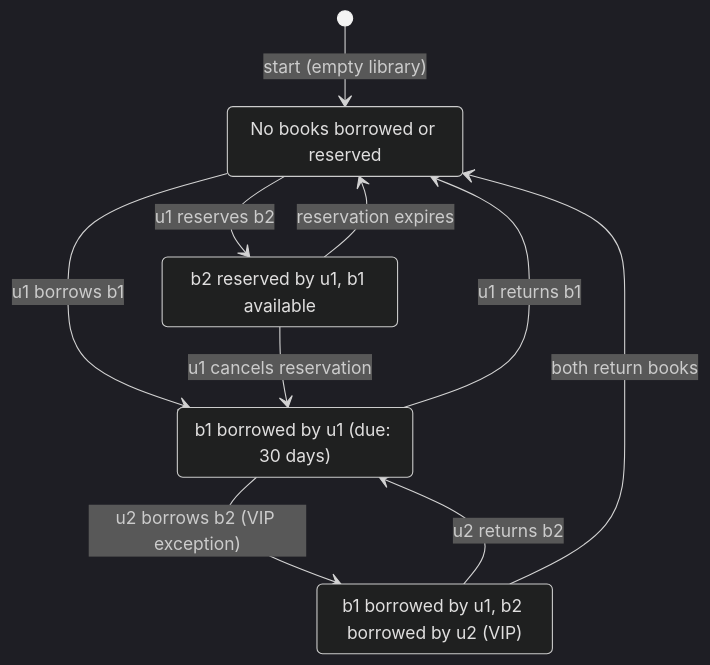
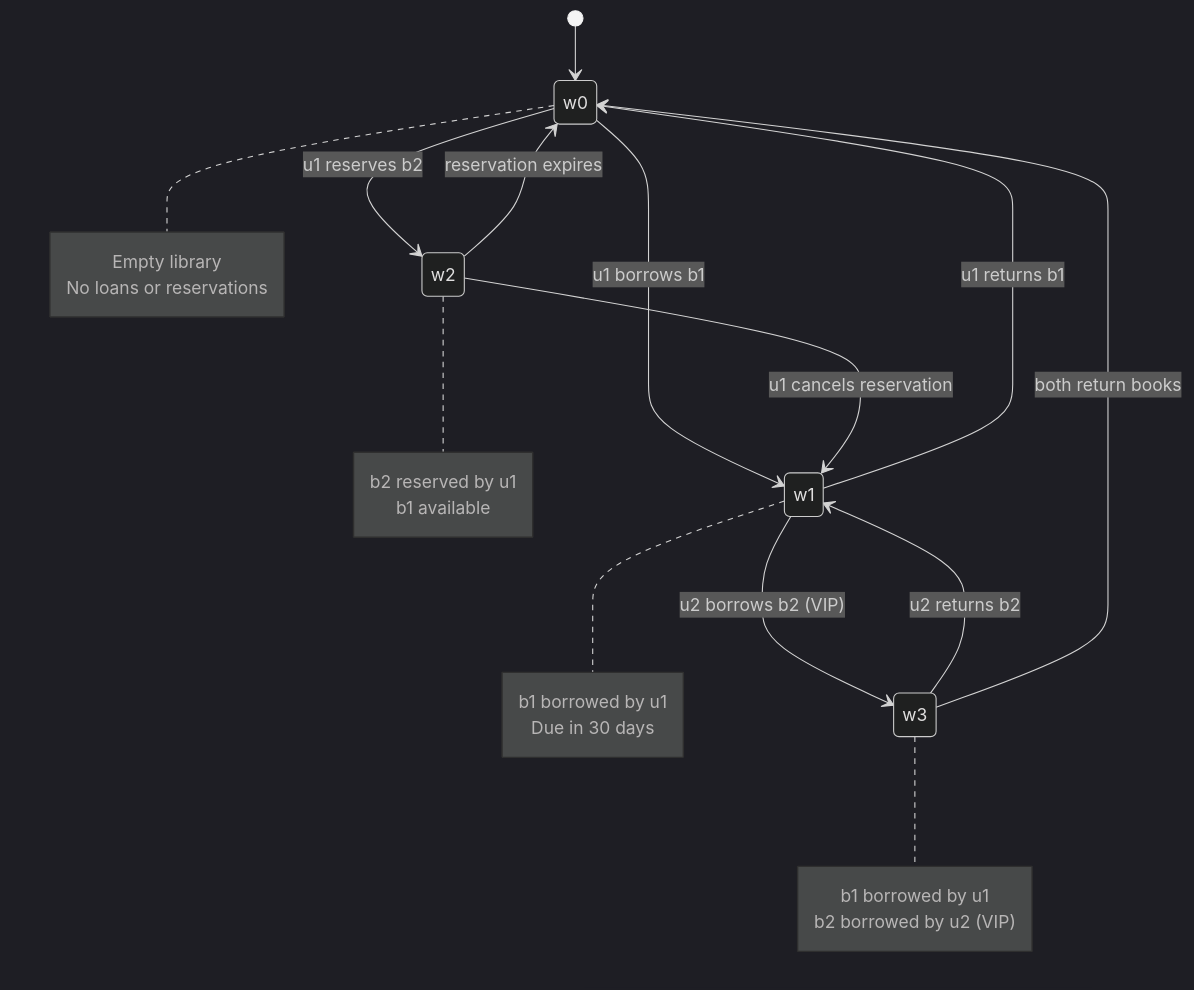
The diagram in ch06/addition/logicaudit/AUDITOR.md (Feyerabend/cc), drawn with Mermaid (dark theme) before and after one commit.

Commit message:
Enhance AUDITOR.md with additional notes and states
Updated state diagram to clarify borrowing and reservation states.

````diff
--- a/ch06/addition/logicaudit/AUDITOR.md
+++ b/ch06/addition/logicaudit/AUDITOR.md
@@ -266,20 +266,36 @@
 ```mermaid
 stateDiagram-v2
-    [*] --> w0 : start (empty library)
+    [*] --> w0
 
-    w0 : No books borrowed or reserved
     w0 --> w1 : u1 borrows b1
     w0 --> w2 : u1 reserves b2
 
-    w1 : b1 borrowed by u1 (due: 30 days)
-    w1 --> w3 : u2 borrows b2 (VIP exception)
+    w1 --> w3 : u2 borrows b2 (VIP)
     w1 --> w0 : u1 returns b1
 
-    w2 : b2 reserved by u1, b1 available
     w2 --> w1 : u1 cancels reservation
     w2 --> w0 : reservation expires
 
-    w3 : b1 borrowed by u1, b2 borrowed by u2 (VIP)
     w3 --> w1 : u2 returns b2
     w3 --> w0 : both return books
+
+    note right of w0
+        Empty library
+        No loans or reservations
+    end note
+
+    note right of w1
+        b1 borrowed by u1
+        Due in 30 days
+    end note
+
+    note right of w2
+        b2 reserved by u1
+        b1 available
+    end note
+
+    note right of w3
+        b1 borrowed by u1
+        b2 borrowed by u2 (VIP)
+    end note
 ```
````
